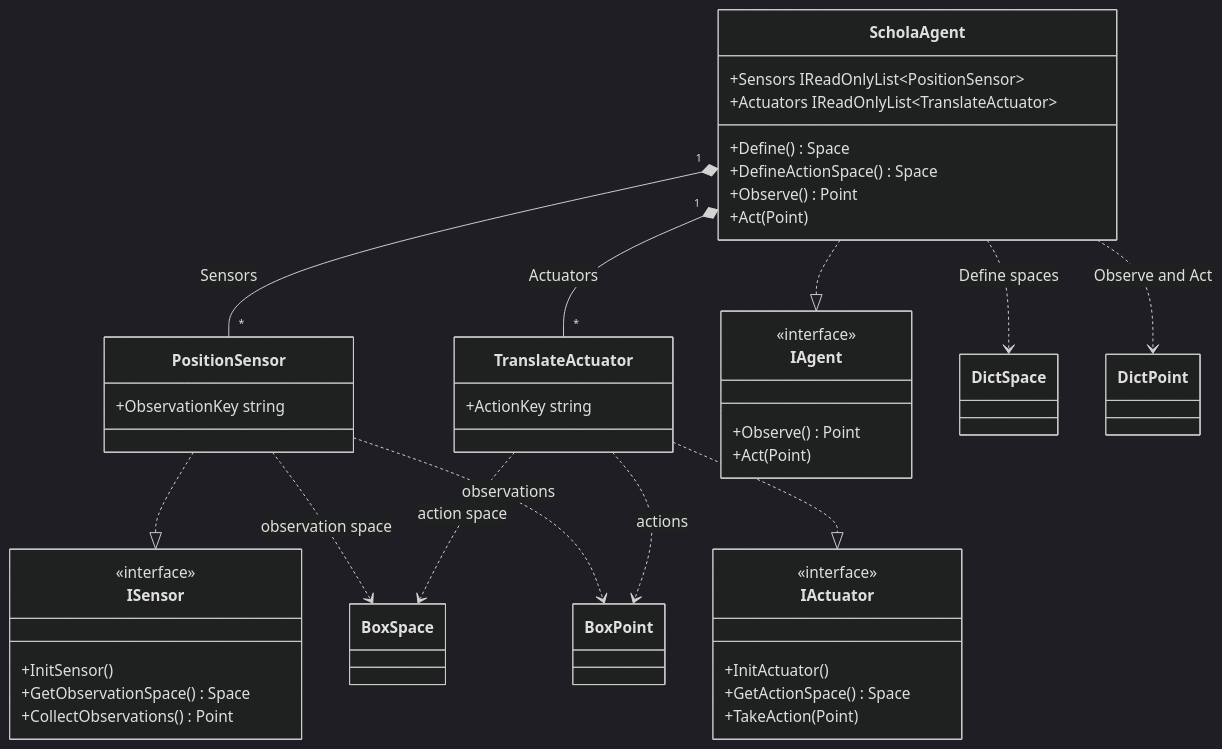
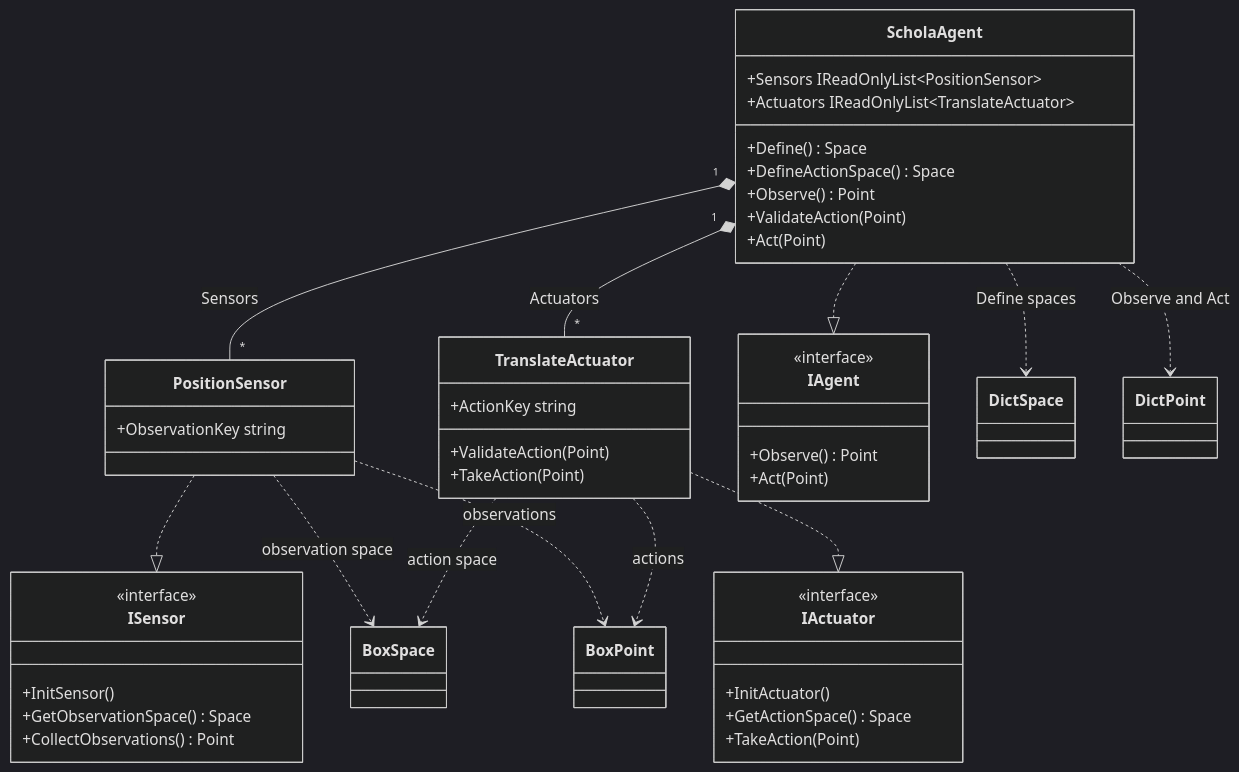
The third of 17 diagrams in Unity/com.amd.schola/Documentation~/architecture/us1-us4-uml.md (csc301-2026-f/11-AMD-Schola), drawn with Mermaid (dark theme) before and after one commit. The commit also changed other lines of this file, not shown here.

Commit message:
chore(us1-us4-uml.md): update UML diagram to reflect Multi Agent Environment functionality

````diff
--- a/Unity/com.amd.schola/Documentation~/architecture/us1-us4-uml.md
+++ b/Unity/com.amd.schola/Documentation~/architecture/us1-us4-uml.md
@@ -138,48 +154,51 @@
 ```mermaid
 classDiagram
   direction TB
 
   class ISensor {
     <<interface>>
     +InitSensor()
     +GetObservationSpace() Space
     +CollectObservations() Point
   }
   class PositionSensor {
     +ObservationKey string
   }
   class IActuator {
     <<interface>>
     +InitActuator()
     +GetActionSpace() Space
     +TakeAction(Point)
   }
   class TranslateActuator {
     +ActionKey string
+    +ValidateAction(Point)
+    +TakeAction(Point)
   }
   class IAgent {
     <<interface>>
     +Observe() Point
     +Act(Point)
   }
   class ScholaAgent {
     +Sensors IReadOnlyList~PositionSensor~
     +Actuators IReadOnlyList~TranslateActuator~
     +Define() Space
     +DefineActionSpace() Space
     +Observe() Point
+    +ValidateAction(Point)
     +Act(Point)
   }
 
   PositionSensor ..|> ISensor
   TranslateActuator ..|> IActuator
   ScholaAgent ..|> IAgent
   ScholaAgent "1" *-- "*" PositionSensor : Sensors
   ScholaAgent "1" *-- "*" TranslateActuator : Actuators
   PositionSensor ..> BoxSpace : observation space
   PositionSensor ..> BoxPoint : observations
   TranslateActuator ..> BoxSpace : action space
   TranslateActuator ..> BoxPoint : actions
   ScholaAgent ..> DictSpace : Define spaces
   ScholaAgent ..> DictPoint : Observe and Act
 ```
````
